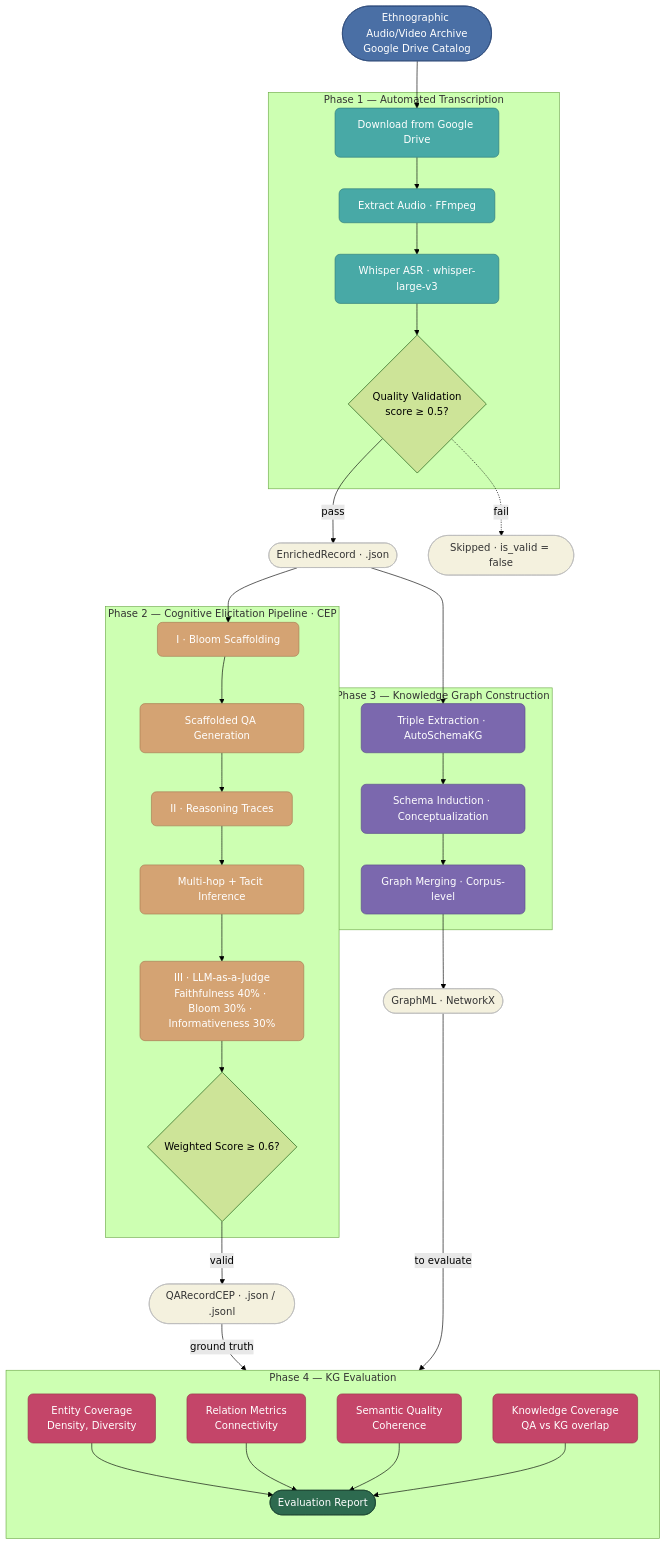
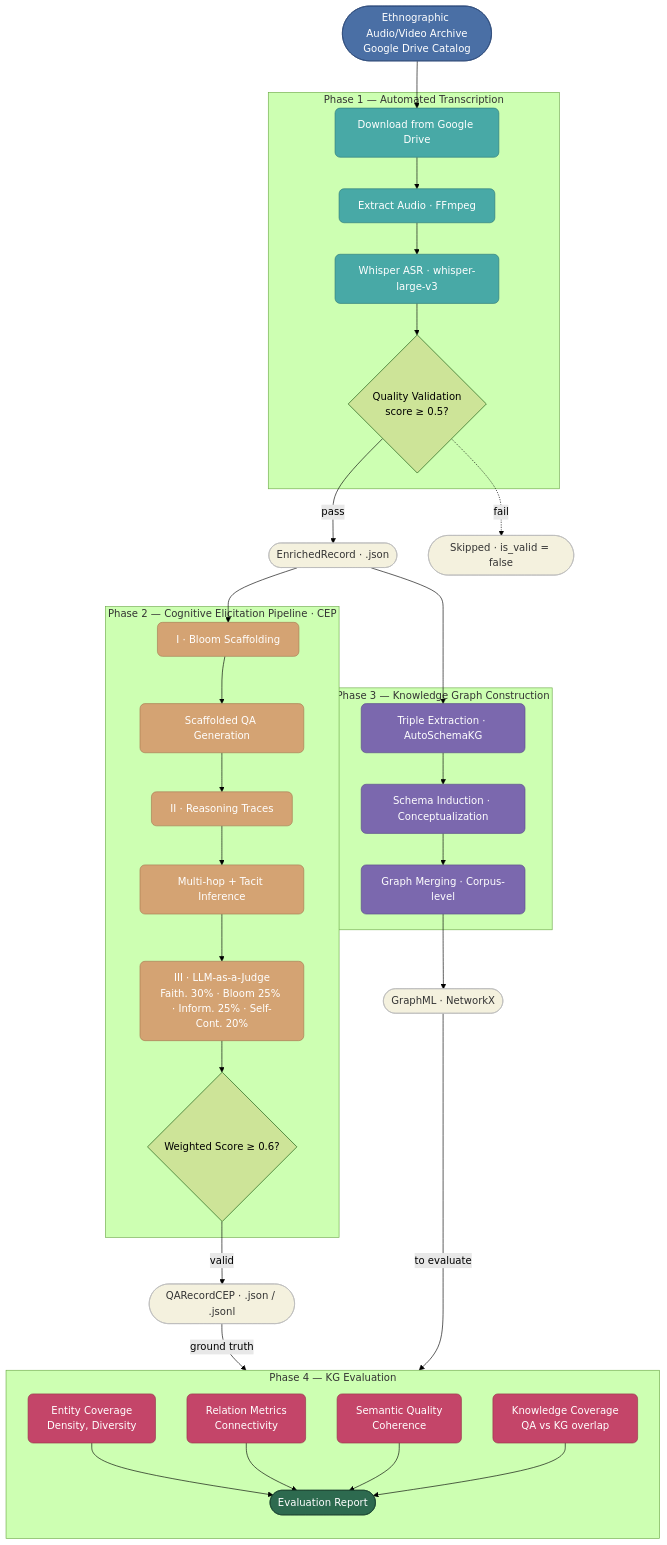
The first of 7 diagrams in docs/methodology.md (FredDsR/arandu), drawn with Mermaid (forest theme) before and after one commit. The commit also changed other lines of this file and 17 other files, not shown here.

````diff
--- a/docs/methodology.md
+++ b/docs/methodology.md
@@ -15,66 +15,66 @@
 ```mermaid
 flowchart TD
     classDef input fill:#4a6fa5,stroke:#2d4a7a,color:#fff,rx:12,ry:12
     classDef p1 fill:#48a9a6,stroke:#2d7a78,color:#fff,rx:8,ry:8
     classDef p2 fill:#d4a373,stroke:#a67c52,color:#fff,rx:8,ry:8
     classDef p3 fill:#7b68ae,stroke:#5a4d8a,color:#fff,rx:8,ry:8
     classDef p4 fill:#c44569,stroke:#943349,color:#fff,rx:8,ry:8
     classDef out fill:#2d6a4f,stroke:#1b4332,color:#fff,rx:12,ry:12
     classDef data fill:#f4f1de,stroke:#bbb,color:#333,rx:6,ry:6
 
     IN(["Ethnographic Audio/Video Archive<br/>Google Drive Catalog"]):::input
 
     IN --> DL
 
     subgraph P1["Phase 1 — Automated Transcription"]
         DL["Download from Google Drive"]:::p1
         FF["Extract Audio · FFmpeg"]:::p1
         WH["Whisper ASR · whisper-large-v3"]:::p1
         QV{"Quality Validation<br/>score ≥ 0.5?"}
         DL --> FF --> WH --> QV
     end
 
     QV -->|pass| ER(["EnrichedRecord · .json"]):::data
     QV -.->|fail| SK(["Skipped · is_valid = false"]):::data
 
     ER --> BL
     ER --> TE
 
     subgraph P2["Phase 2 — Cognitive Elicitation Pipeline · CEP"]
         BL["I · Bloom Scaffolding"]:::p2
         SG["Scaffolded QA Generation"]:::p2
         RT["II · Reasoning Traces"]:::p2
         MH["Multi-hop + Tacit Inference"]:::p2
-        JU["III · LLM-as-a-Judge<br/>Faithfulness 40% · Bloom 30% · Informativeness 30%"]:::p2
+        JU["III · LLM-as-a-Judge<br/>Faith. 30% · Bloom 25% · Inform. 25% · Self-Cont. 20%"]:::p2
         VD{"Weighted Score ≥ 0.6?"}
         BL --> SG --> RT --> MH --> JU --> VD
     end
 
     subgraph P3["Phase 3 — Knowledge Graph Construction"]
         TE["Triple Extraction · AutoSchemaKG"]:::p3
         SI["Schema Induction · Conceptualization"]:::p3
         GM["Graph Merging · Corpus-level"]:::p3
         TE --> SI --> GM
     end
 
     VD -->|valid| QR(["QARecordCEP · .json / .jsonl"]):::data
     GM --> GR(["GraphML · NetworkX"]):::data
 
     P2 ~~~ P3
 
     QR -->|ground truth| P4
     GR -->|to evaluate| P4
 
     subgraph P4["Phase 4 — KG Evaluation"]
         direction TB
         EC["Entity Coverage<br/>Density, Diversity"]:::p4
         RM["Relation Metrics<br/>Connectivity"]:::p4
         SQ["Semantic Quality<br/>Coherence"]:::p4
         KC["Knowledge Coverage<br/>QA vs KG overlap"]:::p4
         RP(["Evaluation Report"]):::out
         EC --> RP
         RM --> RP
         SQ --> RP
         KC --> RP
     end
 ```
````
